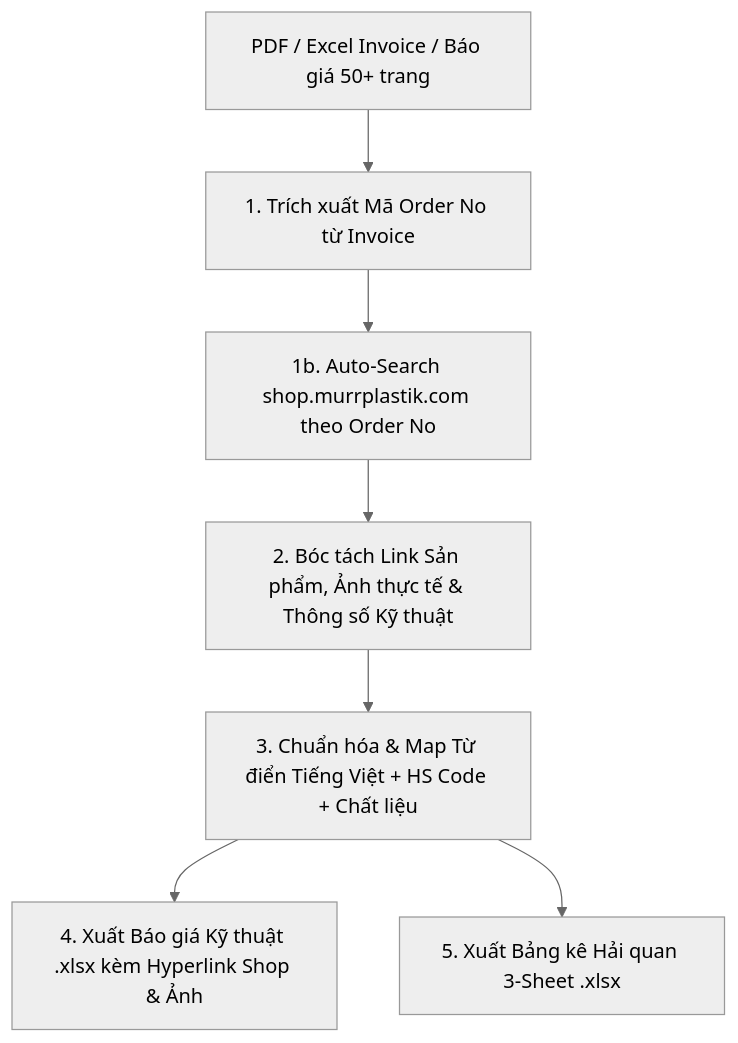
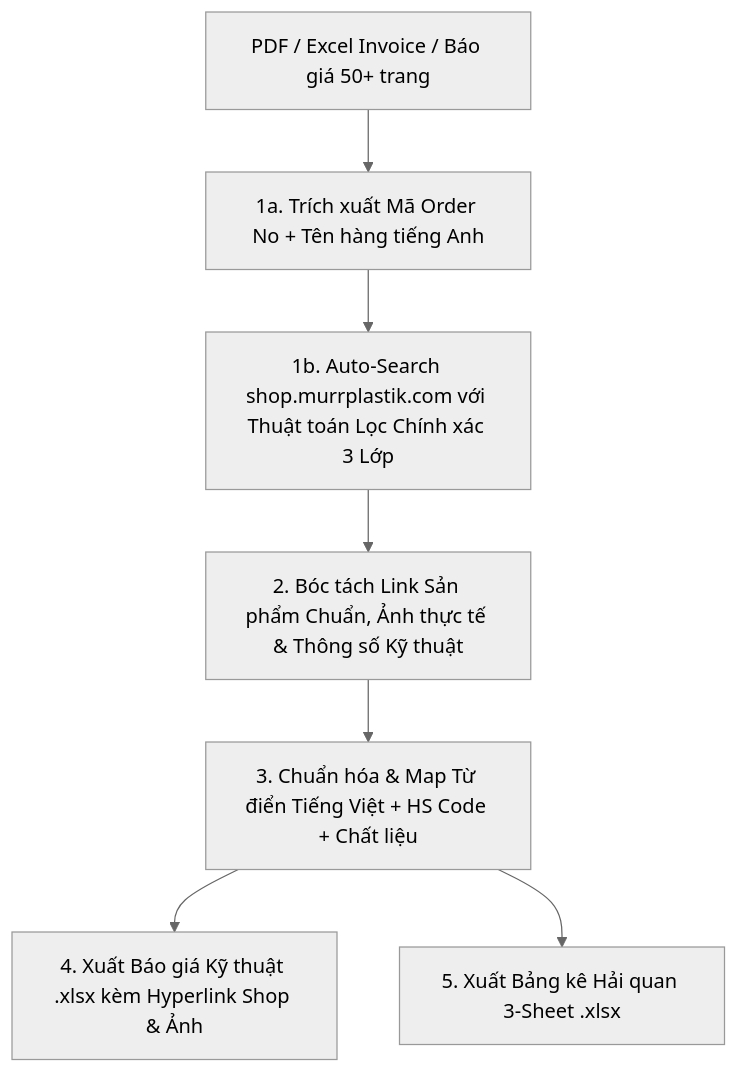
One commit to lylamkhai218/automotive_vinfastvn_murrplastikvn changed the diagram in .agents/skills/industrial-quote-customs-automation/SKILL.md. Above: the diagram before and after it, drawn with Mermaid (neutral theme). The commit also changed other lines of this file and 1 other file, not shown here.

Commit message:
Implement 3-layer exact match algorithm for Murrplastik shop search

````diff
--- a/.agents/skills/industrial-quote-customs-automation/SKILL.md
+++ b/.agents/skills/industrial-quote-customs-automation/SKILL.md
@@ -14,9 +14,9 @@
 ```mermaid
 graph TD
-    A[PDF / Excel Invoice / Báo giá 50+ trang] --> B[1. Trích xuất Mã Order No từ Invoice]
-    B --> B2[1b. Auto-Search shop.murrplastik.com theo Order No]
-    B2 --> C[2. Bóc tách Link Sản phẩm, Ảnh thực tế & Thông số Kỹ thuật]
+    A[PDF / Excel Invoice / Báo giá 50+ trang] --> B[1a. Trích xuất Mã Order No + Tên hàng tiếng Anh]
+    B --> B2[1b. Auto-Search shop.murrplastik.com với Thuật toán Lọc Chính xác 3 Lớp]
+    B2 --> C[2. Bóc tách Link Sản phẩm Chuẩn, Ảnh thực tế & Thông số Kỹ thuật]
     C --> D[3. Chuẩn hóa & Map Từ điển Tiếng Việt + HS Code + Chất liệu]
     D --> E[4. Xuất Báo giá Kỹ thuật .xlsx kèm Hyperlink Shop & Ảnh]
     D --> F[5. Xuất Bảng kê Hải quan 3-Sheet .xlsx]
 ```
````
